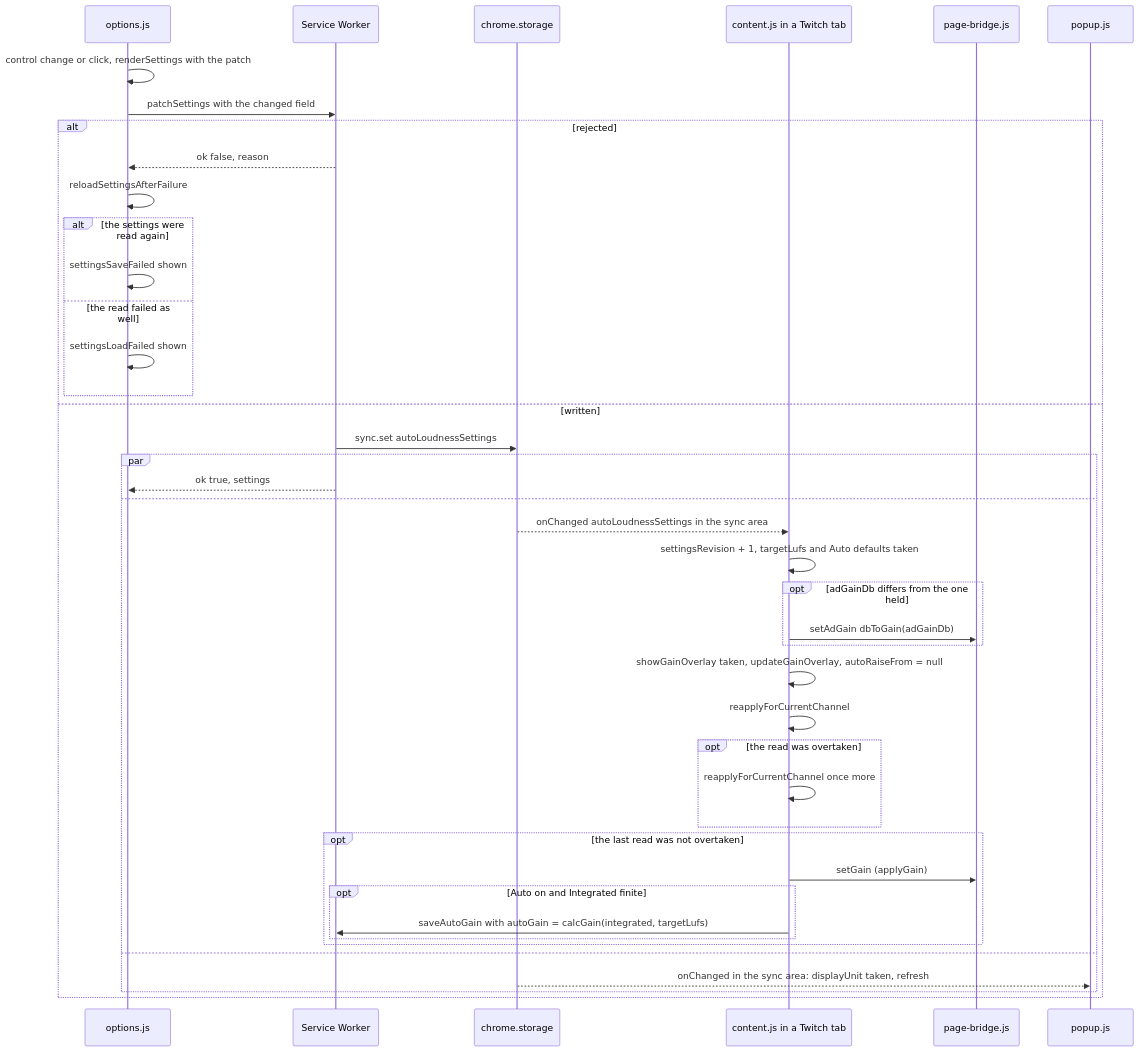
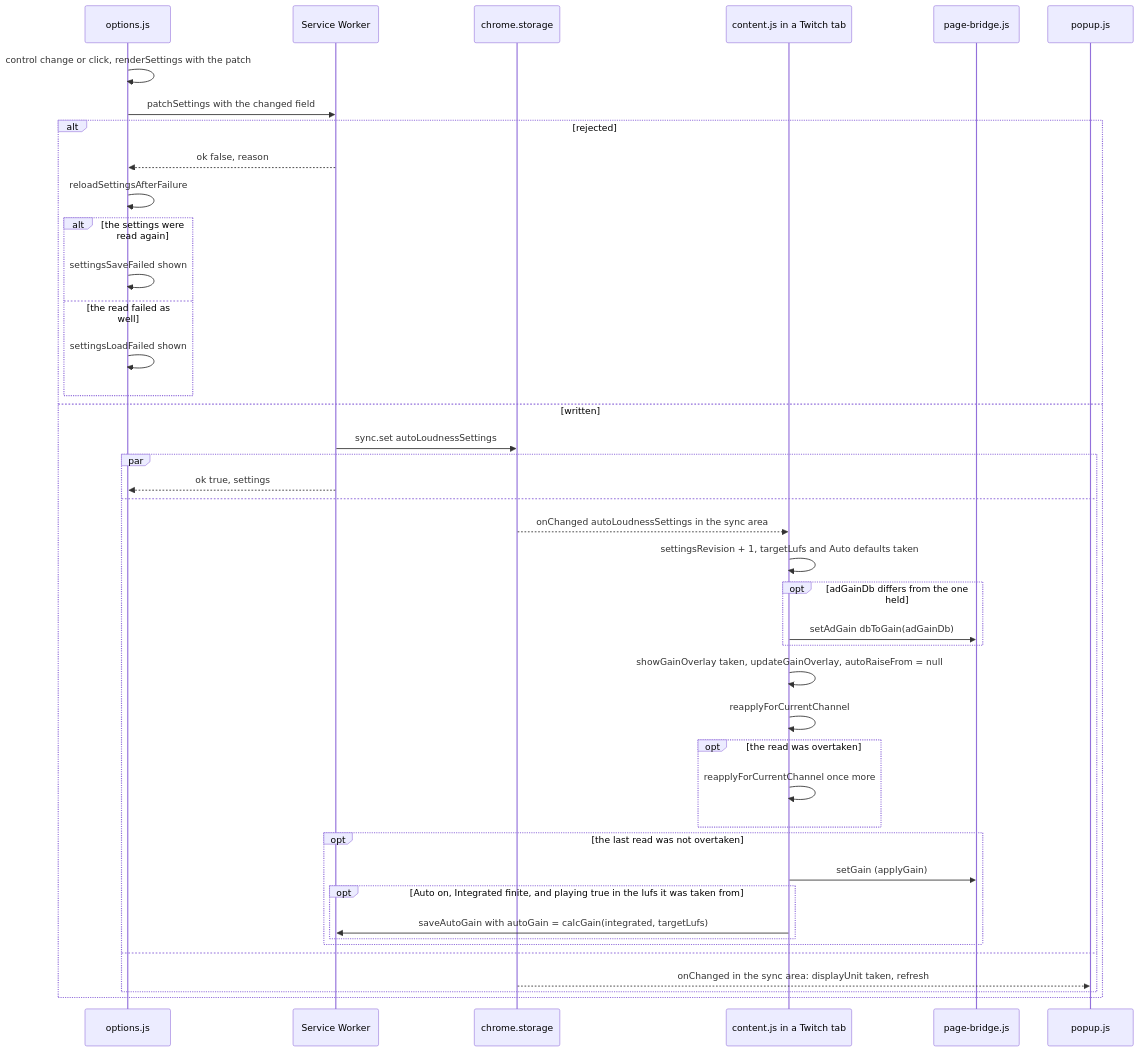
One commit to semnil/twitch-channel-volume changed diagram 13 of 17 in docs/gain-change-and-save.md. Above: the diagram before and after it, drawn with Mermaid. The commit also changed other lines of this file and 5 other files, not shown here.

First line of the commit message:
fix: save the Auto gain a settings change gives only from a playing tab

````diff
--- a/docs/gain-change-and-save.md
+++ b/docs/gain-change-and-save.md
@@ -552,44 +552,44 @@
 ```mermaid
 sequenceDiagram
   participant options as options.js
   participant sw as Service Worker
   participant storage as chrome.storage
   participant content as content.js in a Twitch tab
   participant bridge as page-bridge.js
   participant popup as popup.js
   options->>options: control change or click, renderSettings with the patch
   options->>sw: patchSettings with the changed field
   alt rejected
     sw-->>options: ok false, reason
     options->>options: reloadSettingsAfterFailure
     alt the settings were read again
       options->>options: settingsSaveFailed shown
     else the read failed as well
       options->>options: settingsLoadFailed shown
     end
   else written
     sw->>storage: sync.set autoLoudnessSettings
     par
       sw-->>options: ok true, settings
     and
       storage-->>content: onChanged autoLoudnessSettings in the sync area
       content->>content: settingsRevision + 1, targetLufs and Auto defaults taken
       opt adGainDb differs from the one held
         content->>bridge: setAdGain dbToGain(adGainDb)
       end
       content->>content: showGainOverlay taken, updateGainOverlay, autoRaiseFrom = null
       content->>content: reapplyForCurrentChannel
       opt the read was overtaken
         content->>content: reapplyForCurrentChannel once more
       end
       opt the last read was not overtaken
         content->>bridge: setGain (applyGain)
-        opt Auto on and Integrated finite
+        opt Auto on, Integrated finite, and playing true in the lufs it was taken from
           content->>sw: saveAutoGain with autoGain = calcGain(integrated, targetLufs)
         end
       end
     and
       storage-->>popup: onChanged in the sync area: displayUnit taken, refresh
     end
   end
 ```
````
